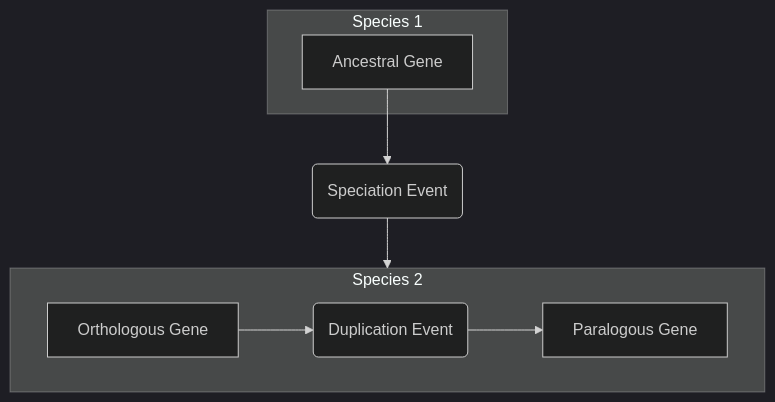
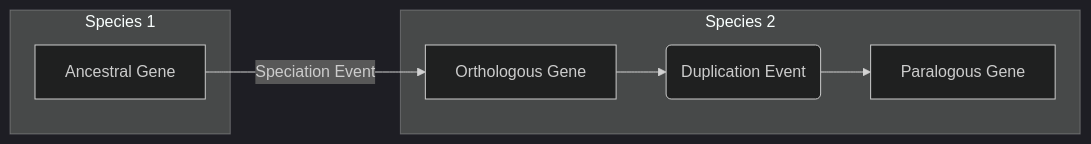
One commit to jogoodma/homology-explorer changed the first of 2 diagrams in docs/proposal.md. Above: the diagram before and after it, drawn with Mermaid (dark theme). The commit also changed other lines of this file and 4 other files, not shown here.

````diff
--- a/docs/proposal.md
+++ b/docs/proposal.md
@@ -32,13 +21,14 @@
 ```mermaid
-flowchart TD
-  G1 --> S(Speciation Event)
-  S --> G2
+flowchart LR
+  
   subgraph Species 1
     G1[Ancestral Gene]
   end
+
   subgraph Species 2
-    direction LR
-    G2[Orthologous Gene] --> D(Duplication Event)
-    D --> G3[Paralogous Gene]
+    G2[Orthologous Gene] --> D(Duplication Event) --> G3[Paralogous Gene]
+  
+  G1 --Speciation Event--> G2
+
   end
 ```
````
